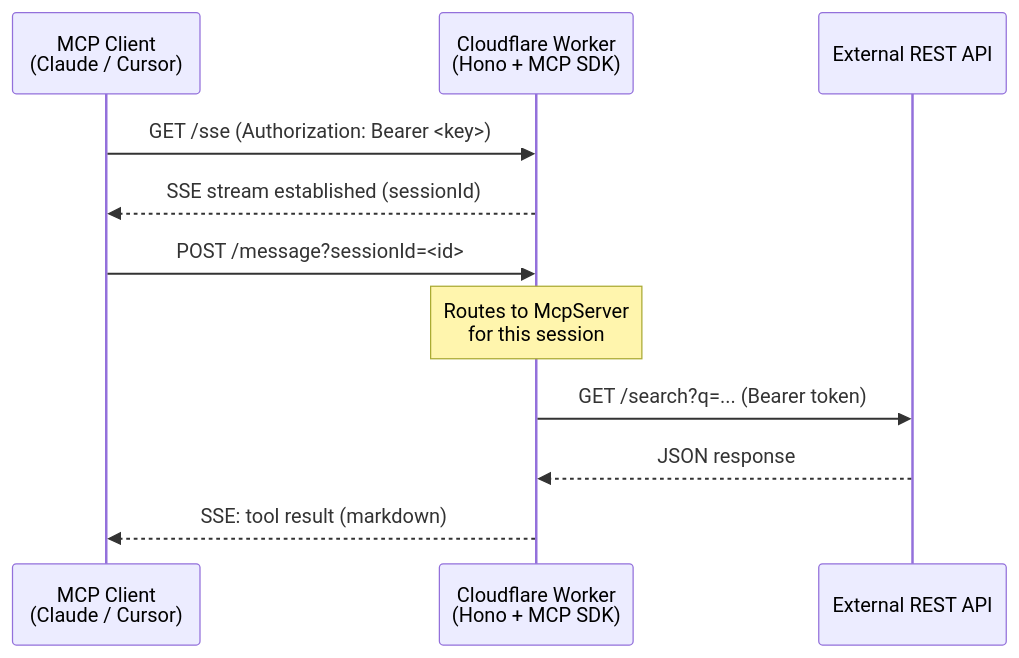
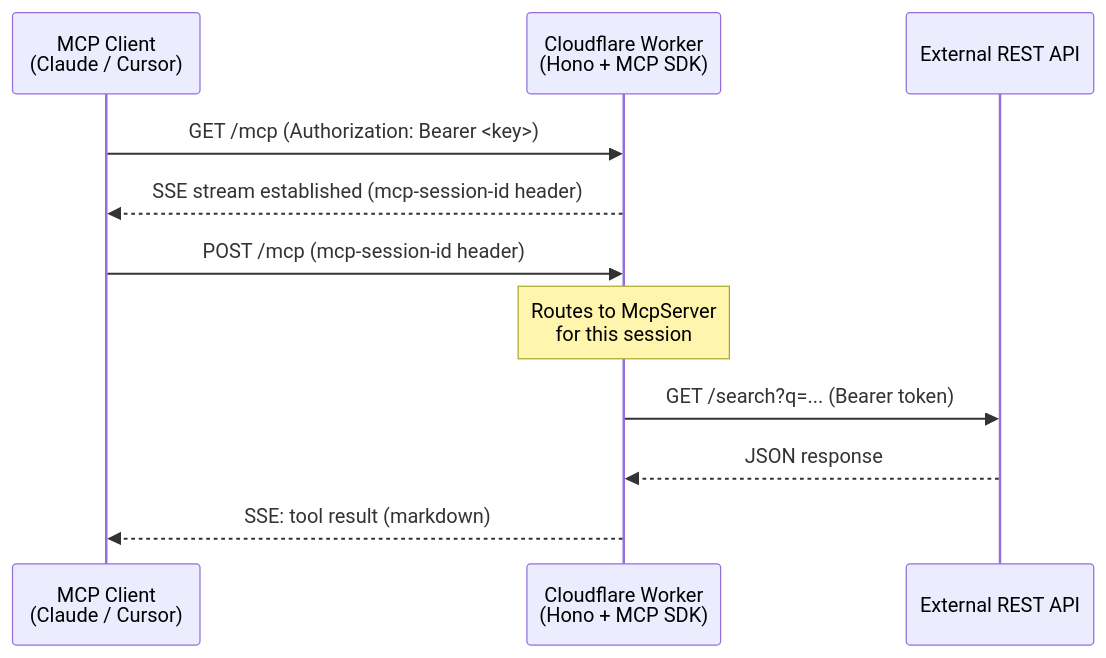
One commit to PCWProps/mcp-server-template changed the diagram in README.md. Above: the diagram before and after it, drawn with Mermaid. The commit also changed other lines of this file and 2 other files, not shown here.

````diff
--- a/README.md
+++ b/README.md
@@ -43,17 +43,17 @@
 ```mermaid
 sequenceDiagram
     participant Client as MCP Client<br/>(Claude / Cursor)
     participant Worker as Cloudflare Worker<br/>(Hono + MCP SDK)
     participant API as External REST API
 
-    Client->>Worker: GET /sse (Authorization: Bearer <key>)
-    Worker-->>Client: SSE stream established (sessionId)
+    Client->>Worker: GET /mcp (Authorization: Bearer <key>)
+    Worker-->>Client: SSE stream established (mcp-session-id header)
 
-    Client->>Worker: POST /message?sessionId=<id>
+    Client->>Worker: POST /mcp (mcp-session-id header)
     Note over Worker: Routes to McpServer<br/>for this session
 
     Worker->>API: GET /search?q=... (Bearer token)
     API-->>Worker: JSON response
 
     Worker-->>Client: SSE: tool result (markdown)
 ```
````
